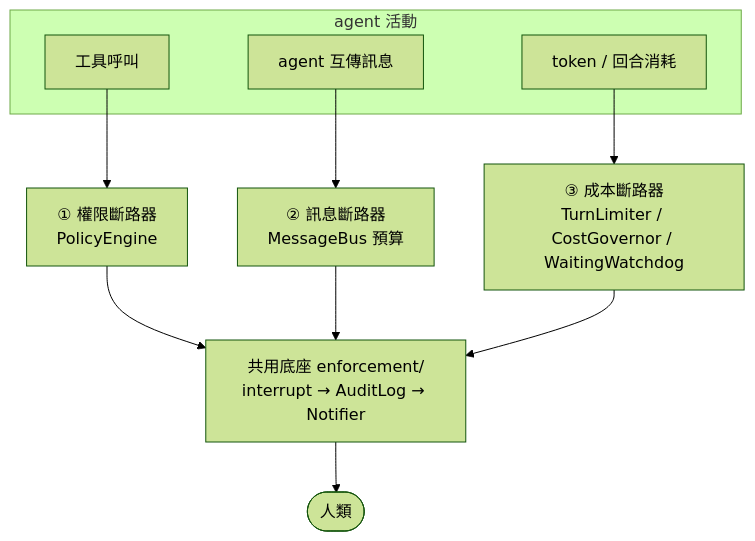
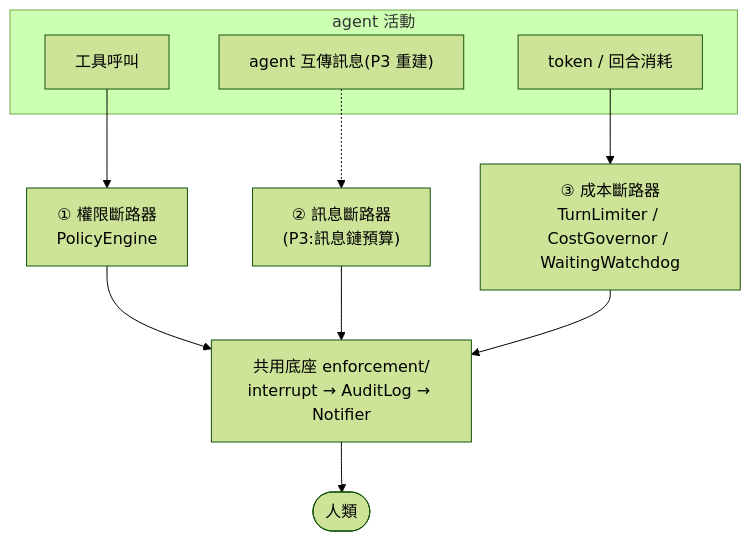
One commit to xing-101729/deskmony changed the second of 4 diagrams in docs/ARCHITECTURE.md. Above: the diagram before and after it, drawn with Mermaid (forest theme). The commit also changed other lines of this file and 145 other files, not shown here.

````diff
--- a/docs/ARCHITECTURE.md
+++ b/docs/ARCHITECTURE.md
@@ -194,17 +205,17 @@
 ```mermaid
 flowchart TB
     subgraph AGENTS["agent 活動"]
         Tool["工具呼叫"]
-        Msg["agent 互傳訊息"]
+        Msg["agent 互傳訊息(P3 重建)"]
         Usage["token / 回合消耗"]
     end
 
     Tool --> P["① 權限斷路器<br/>PolicyEngine"]
-    Msg --> M["② 訊息斷路器<br/>MessageBus 預算"]
+    Msg -.-> M["② 訊息斷路器<br/>(P3:訊息鏈預算)"]
     Usage --> C["③ 成本斷路器<br/>TurnLimiter / CostGovernor / WaitingWatchdog"]
 
     P --> BASE["共用底座 enforcement/<br/>interrupt → AuditLog → Notifier"]
     M --> BASE
     C --> BASE
     BASE --> H(["人類"])
 ```
````
